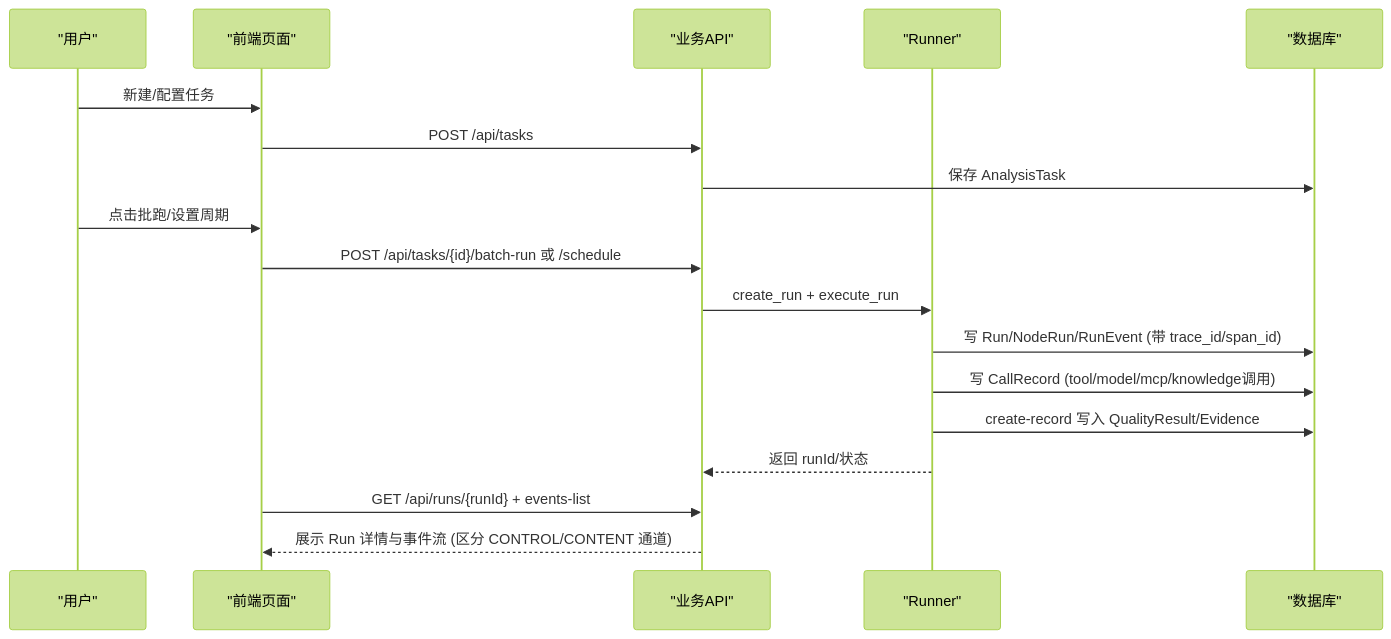
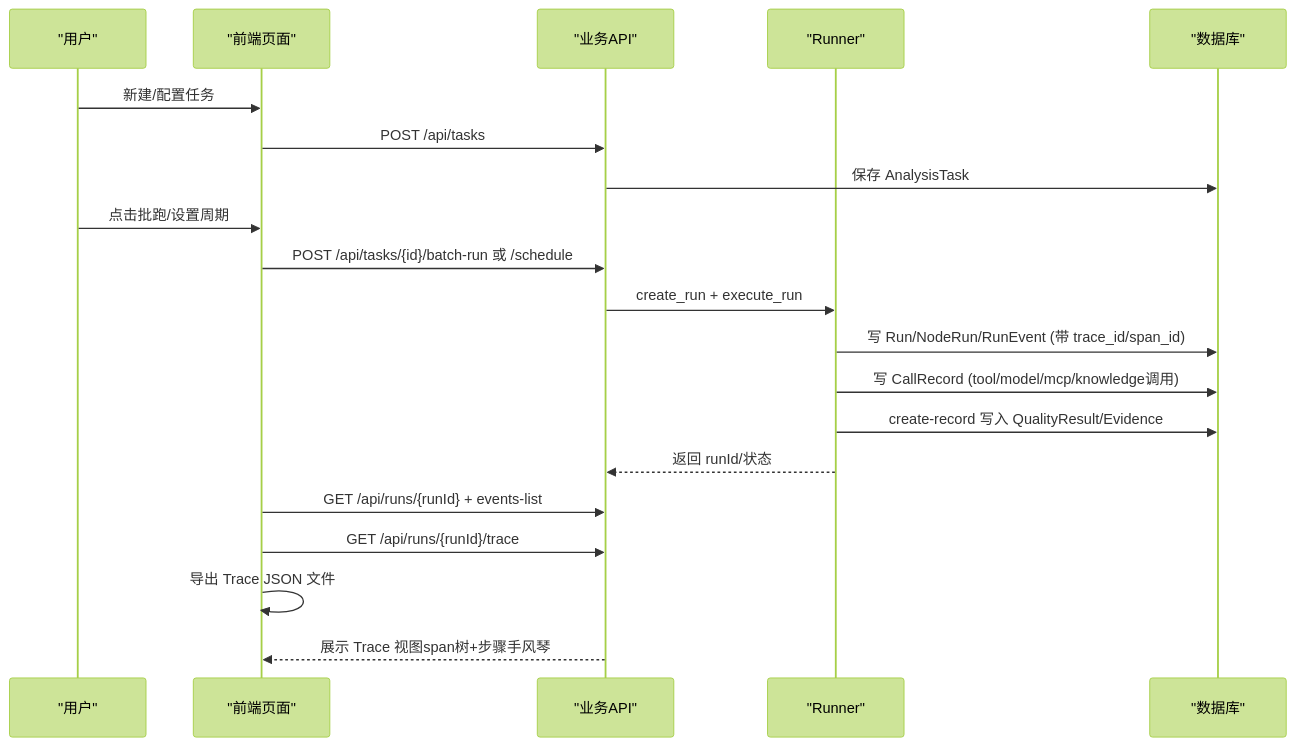
One commit to huiliuxu780/MoreThanCorn changed the first of 4 diagrams in .qoder/repowiki/zh/content/任务与执行域.md. Above: the diagram before and after it, drawn with Mermaid (forest theme). The commit also changed other lines of this file and 147 other files, not shown here.

````diff
--- a/.qoder/repowiki/zh/content/任务与执行域.md
+++ b/.qoder/repowiki/zh/content/任务与执行域.md
@@ -46,20 +58,22 @@
 ```mermaid
 sequenceDiagram
 participant U as "用户"
 participant FE as "前端页面"
 participant API as "业务API"
 participant RUN as "Runner"
 participant DB as "数据库"
 U->>FE : 新建/配置任务
 FE->>API : POST /api/tasks
 API->>DB : 保存 AnalysisTask
 U->>FE : 点击批跑/设置周期
 FE->>API : POST /api/tasks/{id}/batch-run 或 /schedule
 API->>RUN : create_run + execute_run
 RUN->>DB : 写 Run/NodeRun/RunEvent (带 trace_id/span_id)
 RUN->>DB : 写 CallRecord (tool/model/mcp/knowledge调用)
 RUN->>DB : create-record 写入 QualityResult/Evidence
 RUN-->>API : 返回 runId/状态
 FE->>API : GET /api/runs/{runId} + events-list
-API-->>FE : 展示 Run 详情与事件流 (区分 CONTROL/CONTENT 通道)
+FE->>API : GET /api/runs/{runId}/trace
+FE->>FE : 导出 Trace JSON 文件
+API-->>FE : 展示 Trace 视图span树+步骤手风琴
 ```
````
